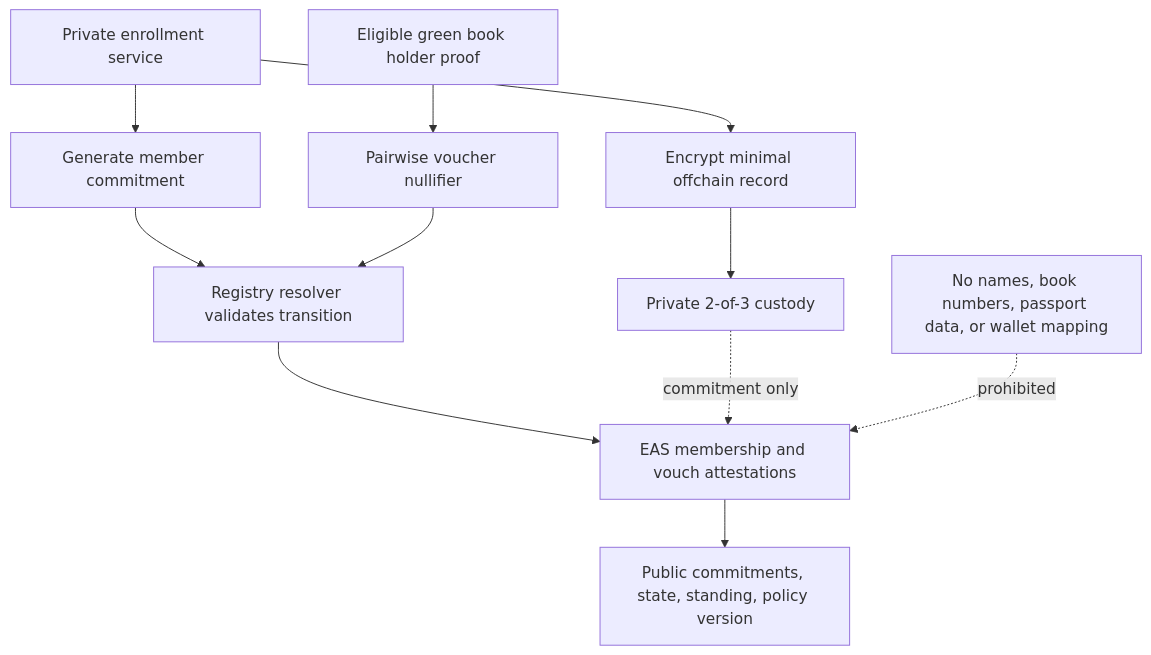
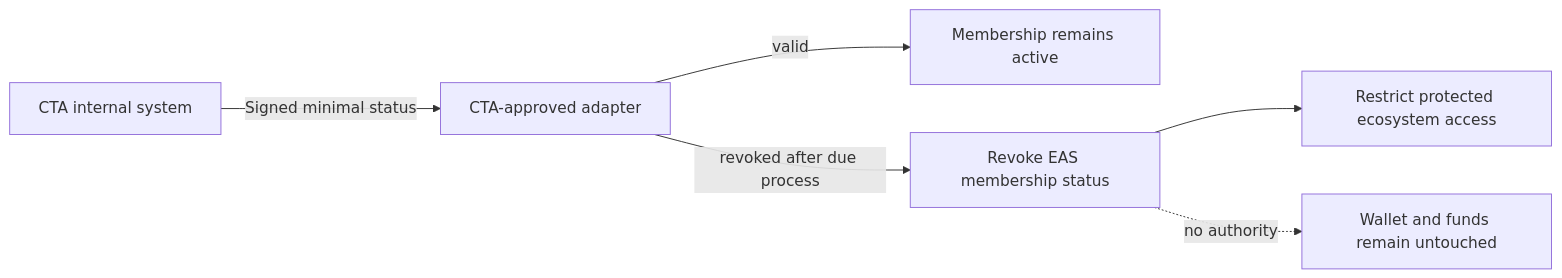
The fourth of 6 diagrams in README.md (AlexJupiter/tibetan-id), drawn with Mermaid before and after one commit. The commit also changed other lines of this file, not shown here.

Commit message:
Clarify membership classes and CTA integration

````diff
--- a/README.md
+++ b/README.md
@@ -138,14 +216,8 @@
 ```mermaid
-flowchart TD
-    A[Private enrollment service] --> B[Generate member commitment]
-    A --> C[Encrypt minimal offchain record]
-    B --> D[Registry resolver validates transition]
-    E[Eligible green book holder proof] --> F[Pairwise voucher nullifier]
-    F --> D
-    D --> G[EAS membership and vouch attestations]
-    G --> H[Public commitments, state, standing, policy version]
-    C --> I[Private 2-of-3 custody]
-    I -. commitment only .-> G
-
-    J[No names, book numbers, passport data, or wallet mapping] -. prohibited .-> G
+flowchart LR
+    A[CTA internal system] -->|Signed minimal status| B[CTA-approved adapter]
+    B -->|valid| C[Membership remains active]
+    B -->|revoked after due process| D[Revoke EAS membership status]
+    D --> E[Restrict protected ecosystem access]
+    D -. no authority .-> F[Wallet and funds remain untouched]
 ```
````
